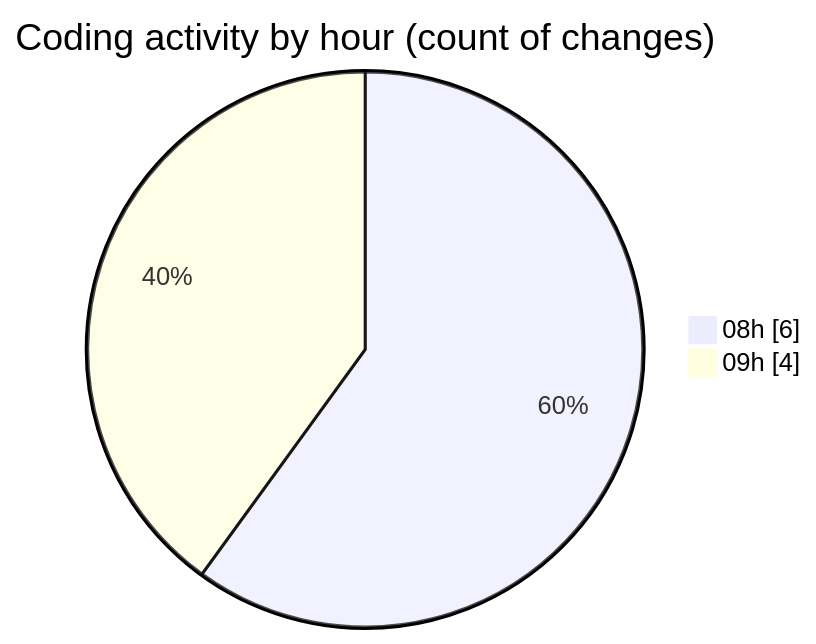
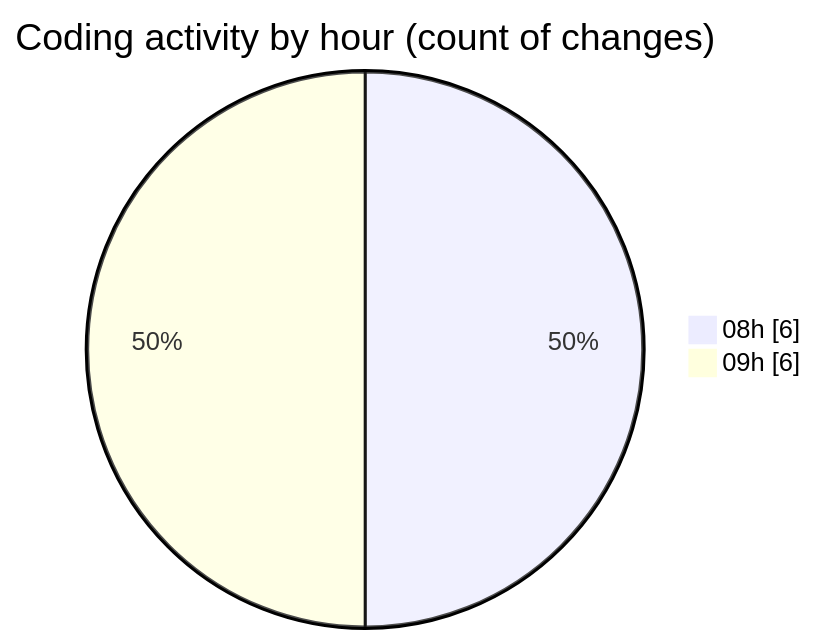
One commit to vahidmafi/code-tracking changed the second of 2 diagrams in 2025-04-11/zeytoon/README.md. Above: the diagram before and after it, drawn with Mermaid. The commit also changed other lines of this file and 1 other file, not shown here.

````diff
--- a/2025-04-11/zeytoon/README.md
+++ b/2025-04-11/zeytoon/README.md
@@ -32,6 +32,6 @@
 ```mermaid
 pie showData
 title Coding activity by hour (count of changes)
 "08h" : 6
-"09h" : 4
+"09h" : 6
 ```
````
